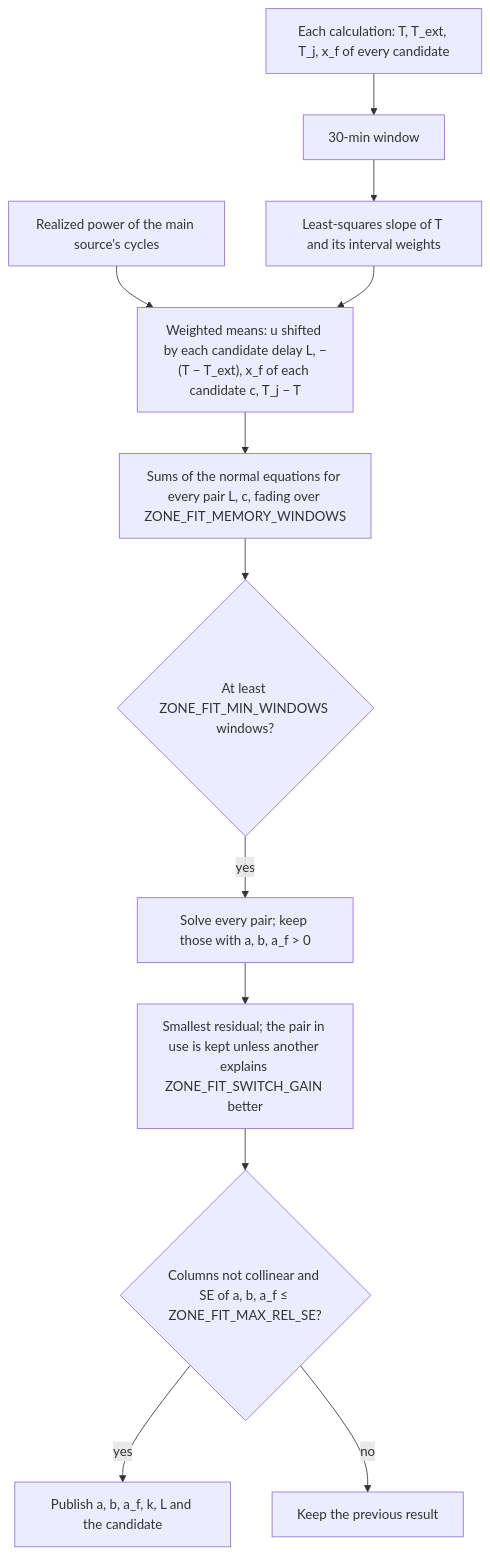
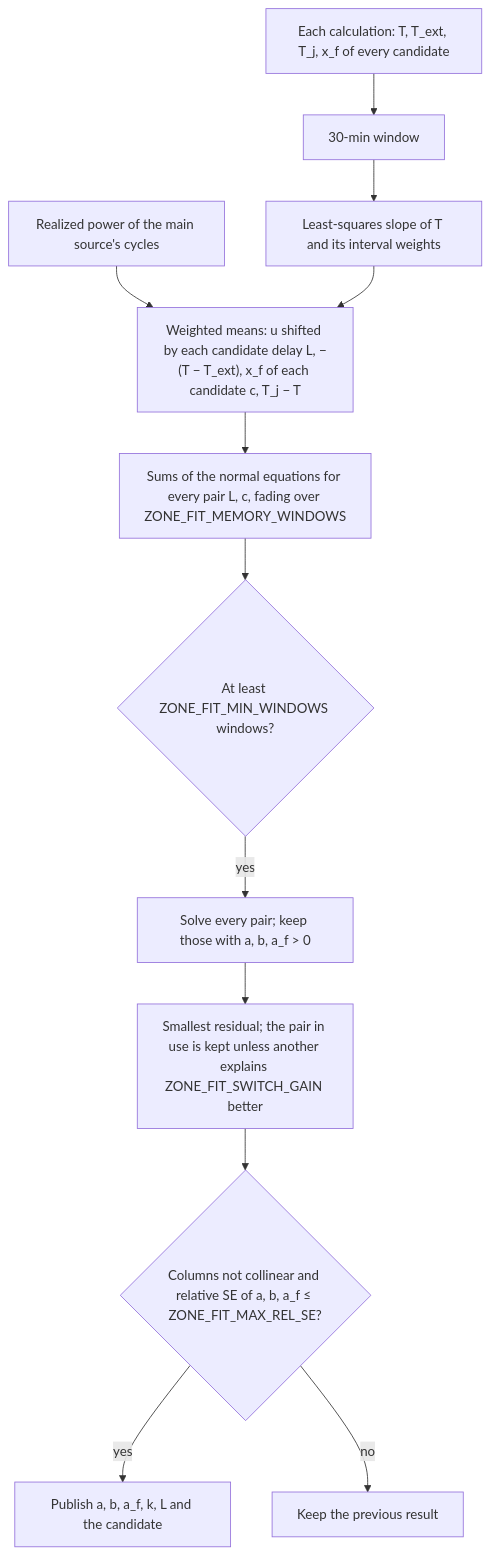
The fifth of 11 diagrams in documentation/en/zone_dependencies.md (Shadow-230/vtherm_smartpi), drawn with Mermaid before and after one commit. The commit also changed other lines of this file and 8 other files, not shown here.

````diff
--- a/documentation/en/zone_dependencies.md
+++ b/documentation/en/zone_dependencies.md
@@ -450,14 +472,14 @@
 ```mermaid
 flowchart TD
     A[Each calculation: T, T_ext, T_j, x_f of every candidate] --> B[30-min window]
     P[Realized power of the main source's cycles] --> D
     B --> C[Least-squares slope of T and its interval weights]
     C --> D["Weighted means: u shifted by each candidate delay L, −(T − T_ext), x_f of each candidate c, T_j − T"]
     D --> E[Sums of the normal equations for every pair L, c, fading over ZONE_FIT_MEMORY_WINDOWS]
     E --> F{At least ZONE_FIT_MIN_WINDOWS windows?}
     F -- yes --> G[Solve every pair; keep those with a, b, a_f > 0]
     G --> H[Smallest residual; the pair in use is kept unless another explains ZONE_FIT_SWITCH_GAIN better]
-    H --> I{Columns not collinear and SE of a, b, a_f ≤ ZONE_FIT_MAX_REL_SE?}
+    H --> I{Columns not collinear and relative SE of a, b, a_f ≤ ZONE_FIT_MAX_REL_SE?}
     I -- yes --> J[Publish a, b, a_f, k, L and the candidate]
     I -- no --> K[Keep the previous result]
 ```
````
